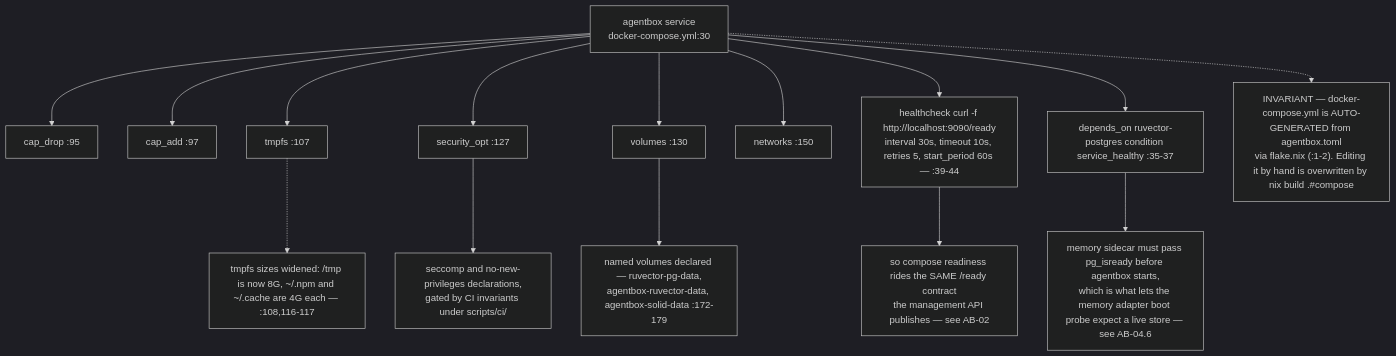
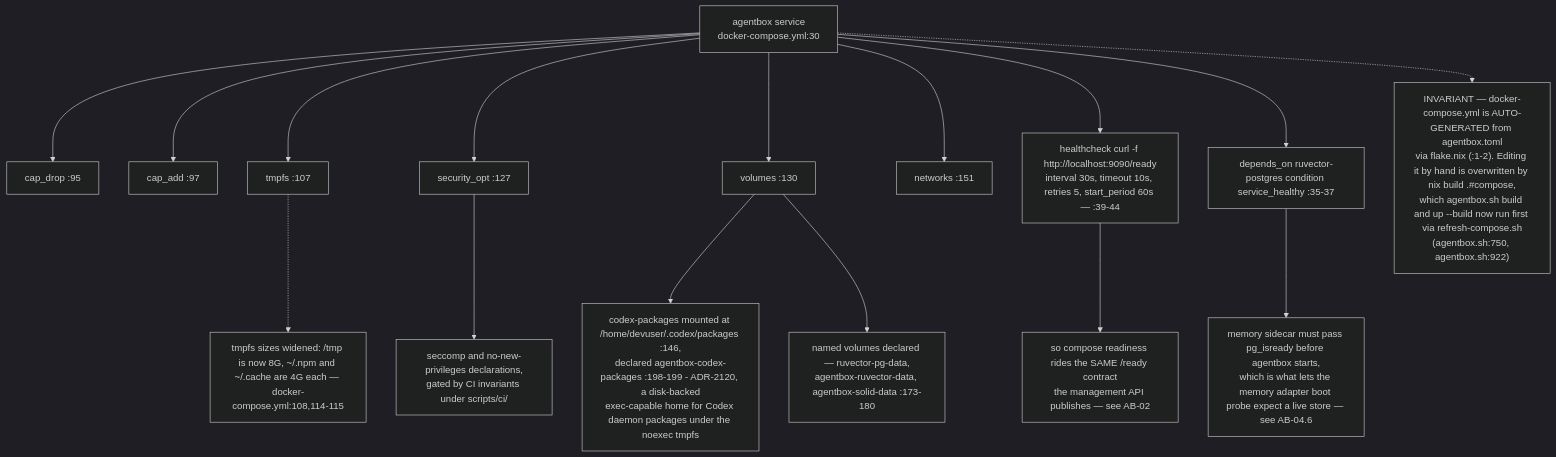
One commit to DreamLab-AI/VisionFlow changed the eighth of 11 diagrams in docs/diagrams/agentbox/06-sidecars-and-compose-overlays.md. Above: the diagram before and after it, drawn with Mermaid (dark theme). The commit also changed other lines of this file and 94 other files, not shown here.

First line of the commit message:
docs(diagrams): re-verify 130 topics against 2 October HEADs

````diff
--- a/docs/diagrams/agentbox/06-sidecars-and-compose-overlays.md
+++ b/docs/diagrams/agentbox/06-sidecars-and-compose-overlays.md
@@ -234,17 +234,18 @@
 ```mermaid
 flowchart TD
     AB["agentbox service<br/>docker-compose.yml:30"] --> CD["cap_drop :95"]
     AB --> CA2["cap_add :97"]
     AB --> TM["tmpfs :107"]
     AB --> SO["security_opt :127"]
     AB --> VOL["volumes :130"]
-    AB --> NET["networks :150"]
+    AB --> NET["networks :151"]
     SO --> SCC["seccomp and no-new-privileges declarations,<br/>gated by CI invariants under scripts/ci/"]
-    VOL --> NV["named volumes declared — ruvector-pg-data,<br/>agentbox-ruvector-data, agentbox-solid-data :172-179"]
+    VOL --> CXP["codex-packages mounted at /home/devuser/.codex/packages :146,<br/>declared agentbox-codex-packages :198-199 - ADR-2120, a disk-backed<br/>exec-capable home for Codex daemon packages under the noexec tmpfs"]
+    VOL --> NV["named volumes declared — ruvector-pg-data,<br/>agentbox-ruvector-data, agentbox-solid-data :173-180"]
     AB --> HC["healthcheck curl -f http://localhost:9090/ready<br/>interval 30s, timeout 10s, retries 5, start_period 60s — :39-44"]
     HC --> RDY["so compose readiness rides the SAME /ready contract<br/>the management API publishes — see AB-02"]
     AB --> DEP["depends_on ruvector-postgres condition service_healthy :35-37"]
     DEP --> ORD["memory sidecar must pass pg_isready before agentbox starts,<br/>which is what lets the memory adapter boot probe expect a live store — see AB-04.6"]
-    AB -.-> GEN["INVARIANT — docker-compose.yml is AUTO-GENERATED from agentbox.toml<br/>via flake.nix (:1-2). Editing it by hand is overwritten by nix build .#compose"]
-    TM -.-> TMS["tmpfs sizes widened: /tmp is now 8G, ~/.npm and ~/.cache are 4G each — :108,116-117"]
+    AB -.-> GEN["INVARIANT — docker-compose.yml is AUTO-GENERATED from agentbox.toml<br/>via flake.nix (:1-2). Editing it by hand is overwritten by nix build .#compose,<br/>which agentbox.sh build and up --build now run first via refresh-compose.sh<br/>(agentbox.sh:750, agentbox.sh:922)"]
+    TM -.-> TMS["tmpfs sizes widened: /tmp is now 8G, ~/.npm and ~/.cache are 4G each — docker-compose.yml:108,114-115"]
 ```
````
